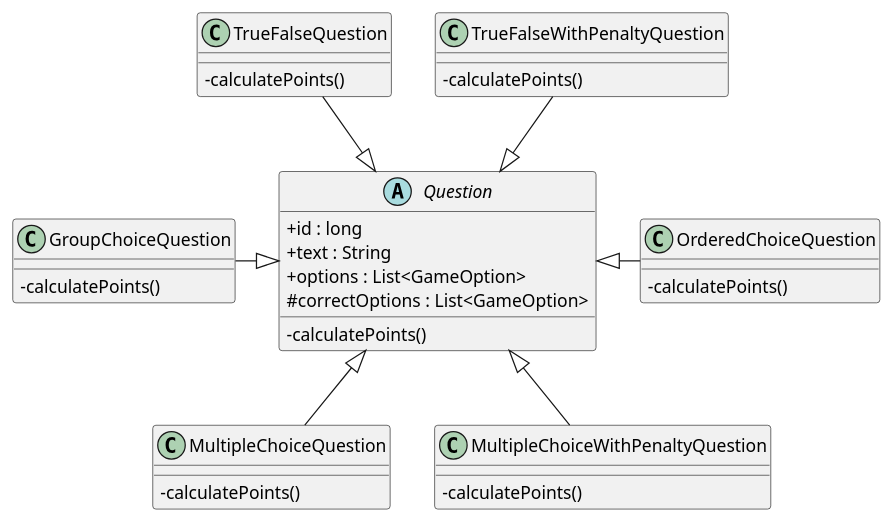
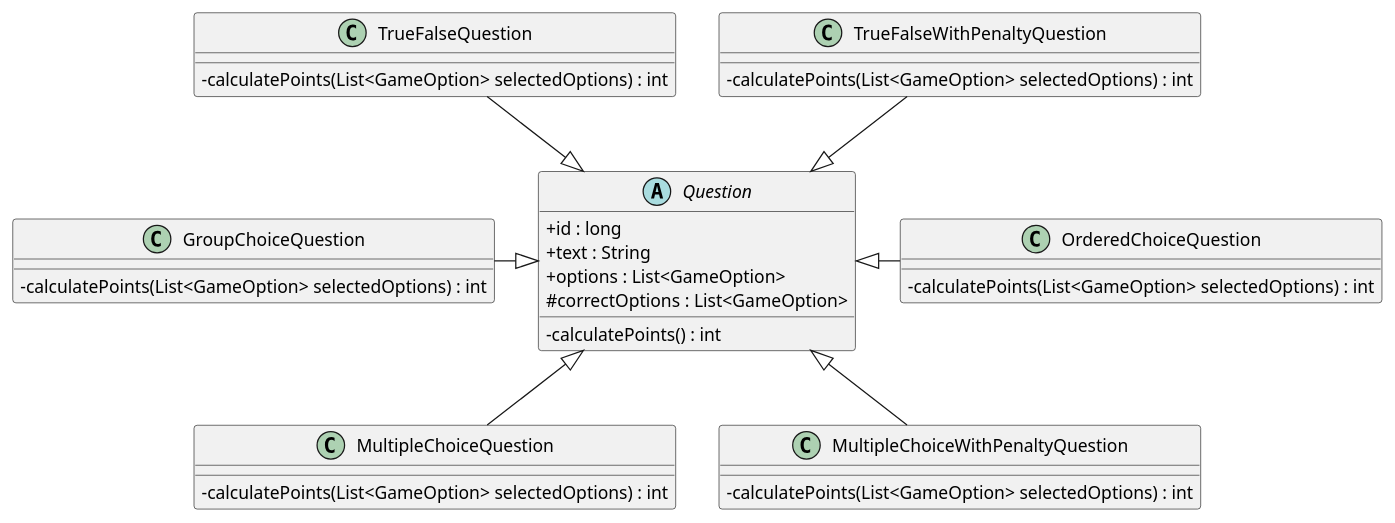
The diagram in docs/DiagramaClases-DetallePreguntas-TP2.plantuml (diegosanchez/TP2-Kahoot), drawn with PlantUML before and after one commit.

Commit message:
Corrección diagrama preguntas

```diff
--- a/docs/DiagramaClases-DetallePreguntas-TP2.plantuml
+++ b/docs/DiagramaClases-DetallePreguntas-TP2.plantuml
@@ -1,48 +1,48 @@
 @startuml DiagramaUML-DetallePreguntas-TP2
 
 skinparam classAttributeIconSize 0
 
 abstract Question{
     + id : long
     + text : String
     + options : List<GameOption>
     # correctOptions : List<GameOption>
-    - calculatePoints()
+    - calculatePoints() : int
 }
 
 class TrueFalseQuestion{
-    - calculatePoints()
+    - calculatePoints(List<GameOption> selectedOptions) : int
 }
 
 class TrueFalseWithPenaltyQuestion{
-    - calculatePoints()
+    - calculatePoints(List<GameOption> selectedOptions) : int
 }
 
 class OrderedChoiceQuestion{
-    - calculatePoints()
+    - calculatePoints(List<GameOption> selectedOptions) : int
 }
 
 class MultipleChoiceQuestion{
-    - calculatePoints()
+    - calculatePoints(List<GameOption> selectedOptions) : int
 }
 
 class MultipleChoiceWithPenaltyQuestion{
-    - calculatePoints()
+    - calculatePoints(List<GameOption> selectedOptions) : int
 }
 
 class GroupChoiceQuestion{
-    - calculatePoints()
+    - calculatePoints(List<GameOption> selectedOptions) : int
 }
 
 
 TrueFalseQuestion --|> Question
 TrueFalseWithPenaltyQuestion --|> Question
 
 OrderedChoiceQuestion --left|> Question
 
 MultipleChoiceQuestion --up|> Question
 MultipleChoiceWithPenaltyQuestion --up|> Question
 
 GroupChoiceQuestion --right|> Question
 
 @enduml
```
